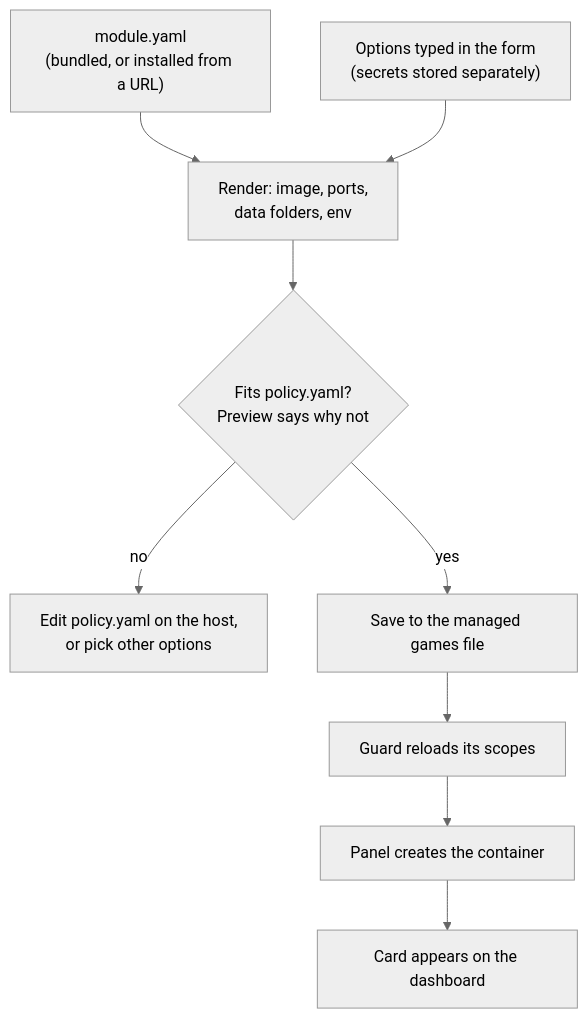
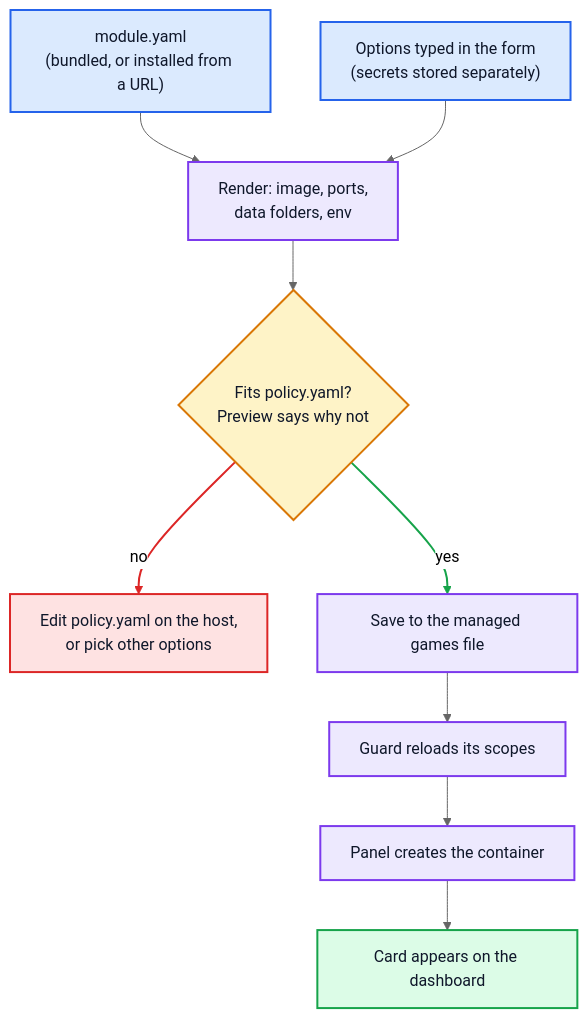
One commit to fiddler110/CrowsNest changed the third of 3 diagrams in README.md. Above: the diagram before and after it, drawn with Mermaid (neutral theme). The commit also changed other lines of this file and 1 other file, not shown here.

First line of the commit message:
Link the crowsnest-modules repository (#33)

````diff
--- a/README.md
+++ b/README.md
@@ -79,11 +103,24 @@
 ```mermaid
 flowchart TD
     M["module.yaml<br/>(bundled, or installed from a URL)"] --> R["Render: image, ports,<br/>data folders, env"]
     O["Options typed in the form<br/>(secrets stored separately)"] --> R
     R --> Pre{"Fits policy.yaml?<br/>Preview says why not"}
     Pre -->|"no"| Fix["Edit policy.yaml on the host,<br/>or pick other options"]
     Pre -->|"yes"| W["Save to the managed games file"]
     W --> GR["Guard reloads its scopes"]
     GR --> Cr["Panel creates the container"]
     Cr --> Card["Card appears on the dashboard"]
+
+    classDef input fill:#dbeafe,stroke:#2563eb,stroke-width:2px,color:#0f172a
+    classDef step fill:#ede9fe,stroke:#7c3aed,stroke-width:2px,color:#0f172a
+    classDef check fill:#fef3c7,stroke:#d97706,stroke-width:2px,color:#0f172a
+    classDef bad fill:#fee2e2,stroke:#dc2626,stroke-width:2px,color:#0f172a
+    classDef good fill:#dcfce7,stroke:#16a34a,stroke-width:2px,color:#0f172a
+    class M,O input
+    class R,W,GR,Cr step
+    class Pre check
+    class Fix bad
+    class Card good
+    linkStyle 3 stroke:#dc2626,stroke-width:2px
+    linkStyle 4 stroke:#16a34a,stroke-width:2px
 ```
````
